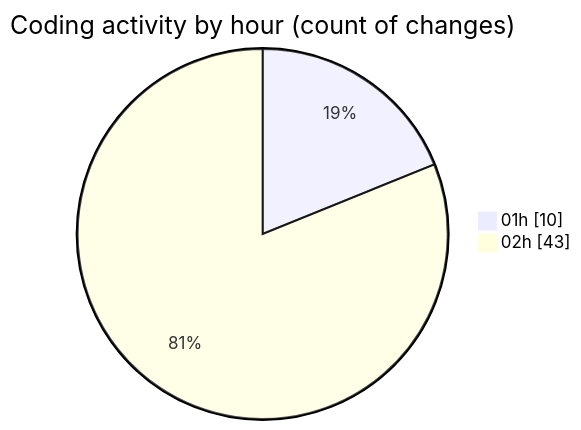
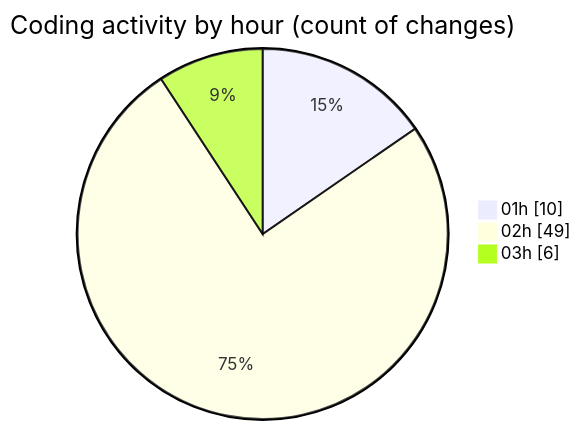
The second of 2 diagrams in 2025-11-21/eventscop-frontend-guide__workspace_/README.md (julien-gomy/code-tracking), drawn with Mermaid before and after one commit. The commit also changed other lines of this file and 1 other file, not shown here.

````diff
--- a/2025-11-21/eventscop-frontend-guide__workspace_/README.md
+++ b/2025-11-21/eventscop-frontend-guide__workspace_/README.md
@@ -56,6 +57,7 @@
 ```mermaid
 pie showData
 title Coding activity by hour (count of changes)
 "01h" : 10
-"02h" : 43
+"02h" : 49
+"03h" : 6
 ```
````
